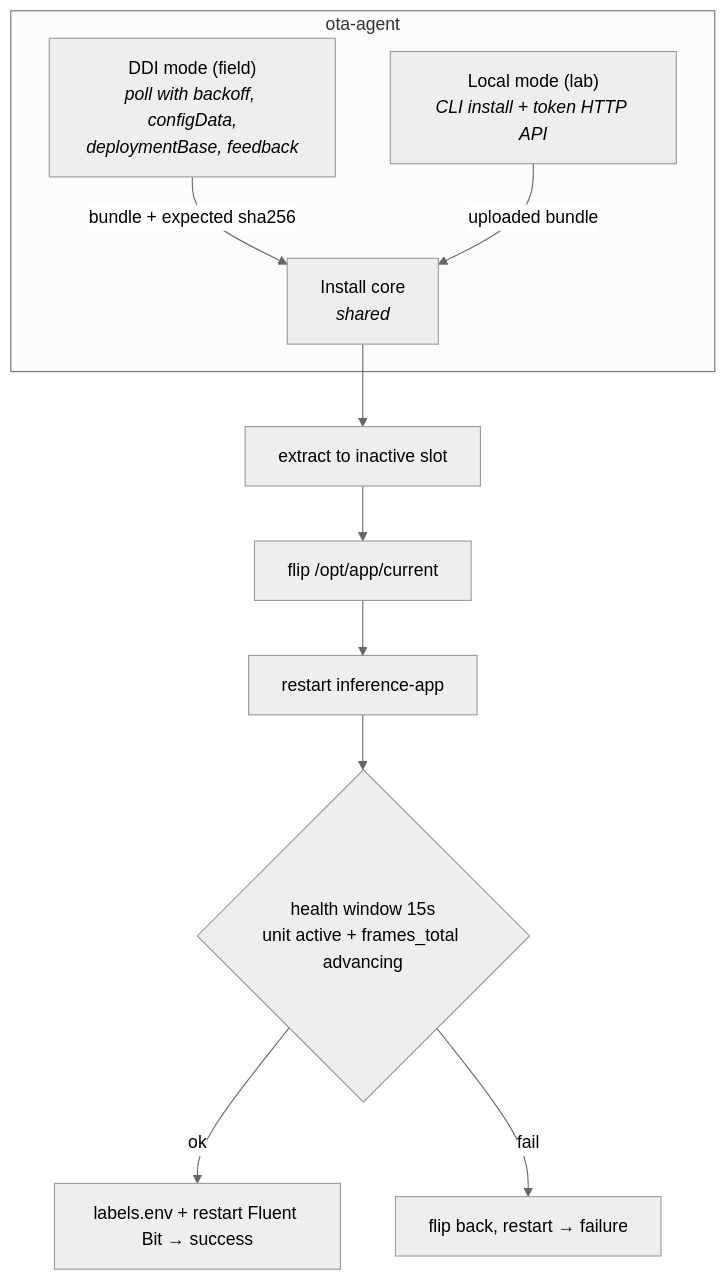
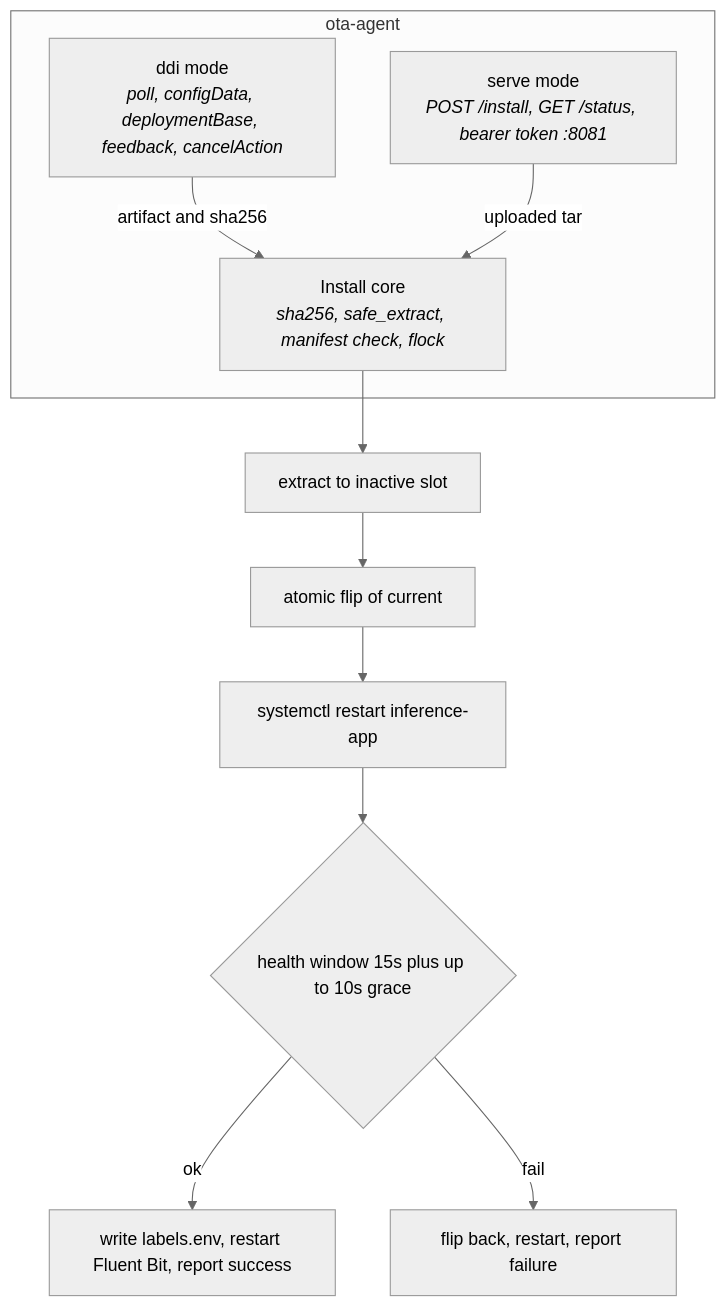
The fourth of 16 diagrams in docs/architecture.md (phoenixsac/wavebreak), drawn with Mermaid (neutral theme) before and after one commit. The commit also changed other lines of this file and 1 other file, not shown here.

First line of the commit message:
Reconcile architecture docs with code

````diff
--- a/docs/architecture.md
+++ b/docs/architecture.md
@@ -151,13 +221,13 @@
 ```mermaid
 flowchart TB
     subgraph ota["ota-agent"]
-        ddi["DDI mode (field)<br/><i>poll with backoff, configData,<br/>deploymentBase, feedback</i>"]
-        local["Local mode (lab)<br/><i>CLI install + token HTTP API</i>"]
-        core["Install core<br/><i>shared</i>"]
+        ddi["ddi mode<br/><i>poll, configData, deploymentBase, feedback, cancelAction</i>"]
+        local["serve mode<br/><i>POST /install, GET /status, bearer token :8081</i>"]
+        core["Install core<br/><i>sha256, safe_extract, manifest check, flock</i>"]
     end
-    ddi -- "bundle + expected sha256" --> core
-    local -- "uploaded bundle" --> core
-    core --> s1["extract to inactive slot"] --> s2["flip /opt/app/current"] --> s3["restart inference-app"] --> s4{"health window 15s<br/>unit active + frames_total advancing"}
-    s4 -- "ok" --> s5["labels.env + restart Fluent Bit → success"]
-    s4 -- "fail" --> s6["flip back, restart → failure"]
+    ddi -- "artifact and sha256" --> core
+    local -- "uploaded tar" --> core
+    core --> s1["extract to inactive slot"] --> s2["atomic flip of current"] --> s3["systemctl restart inference-app"] --> s4{"health window 15s plus up to 10s grace"}
+    s4 -- "ok" --> s5["write labels.env, restart Fluent Bit, report success"]
+    s4 -- "fail" --> s6["flip back, restart, report failure"]
 ```
````
